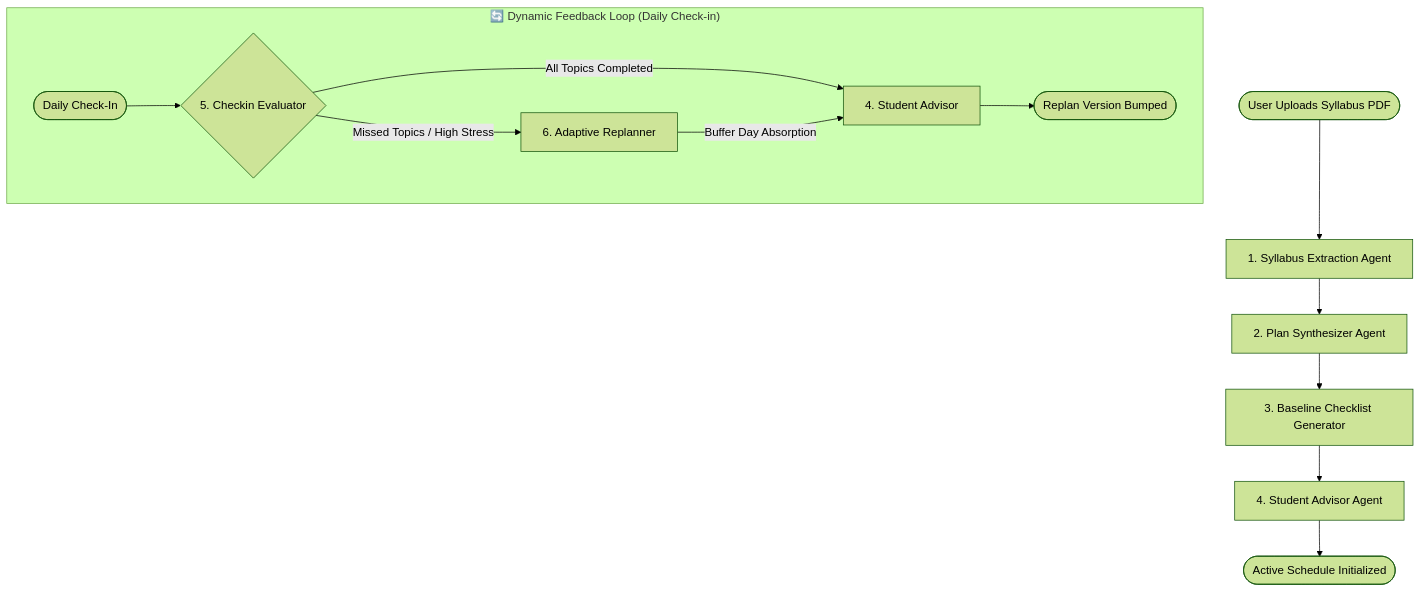
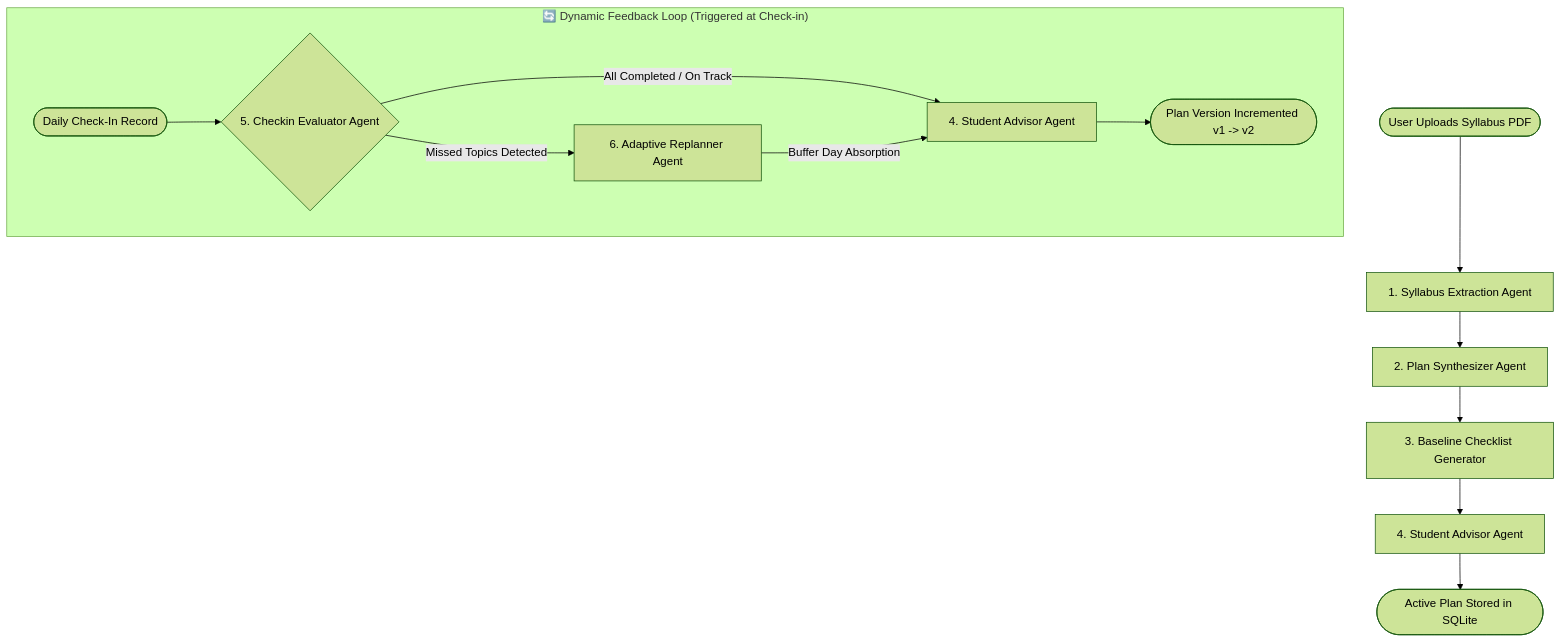
Before and after one commit to bhardwajarpit888-hash/multi-agent-study-planner: the diagram in README.md, drawn with Mermaid (forest theme). The commit also changed other lines of this file and 19 other files, not shown here.

````diff
--- a/README.md
+++ b/README.md
@@ -19,16 +31,16 @@
 ```mermaid
 flowchart TD
     START([User Uploads Syllabus PDF]) --> ExtractNode[1. Syllabus Extraction Agent]
     ExtractNode --> PlanNode[2. Plan Synthesizer Agent]
     PlanNode --> BaseNode[3. Baseline Checklist Generator]
     BaseNode --> AdviseNode[4. Student Advisor Agent]
-    AdviseNode --> END([Active Schedule Initialized])
+    AdviseNode --> END([Active Plan Stored in SQLite])
 
-    subgraph FeedbackLoop ["🔄 Dynamic Feedback Loop (Daily Check-in)"]
-        Checkin([Daily Check-In]) --> EvalNode{5. Checkin Evaluator}
-        EvalNode -- "Missed Topics / High Stress" --> ReplanNode[6. Adaptive Replanner]
-        EvalNode -- "All Topics Completed" --> CoachNode[4. Student Advisor]
+    subgraph FeedbackLoop ["🔄 Dynamic Feedback Loop (Triggered at Check-in)"]
+        Checkin([Daily Check-In Record]) --> EvalNode{5. Checkin Evaluator Agent}
+        EvalNode -- "Missed Topics Detected" --> ReplanNode[6. Adaptive Replanner Agent]
+        EvalNode -- "All Completed / On Track" --> CoachNode[4. Student Advisor Agent]
         ReplanNode -- "Buffer Day Absorption" --> CoachNode
-        CoachNode --> UpdatedPlan([Replan Version Bumped])
+        CoachNode --> UpdatedPlan([Plan Version Incremented v1 -> v2])
     end
 ```
````
